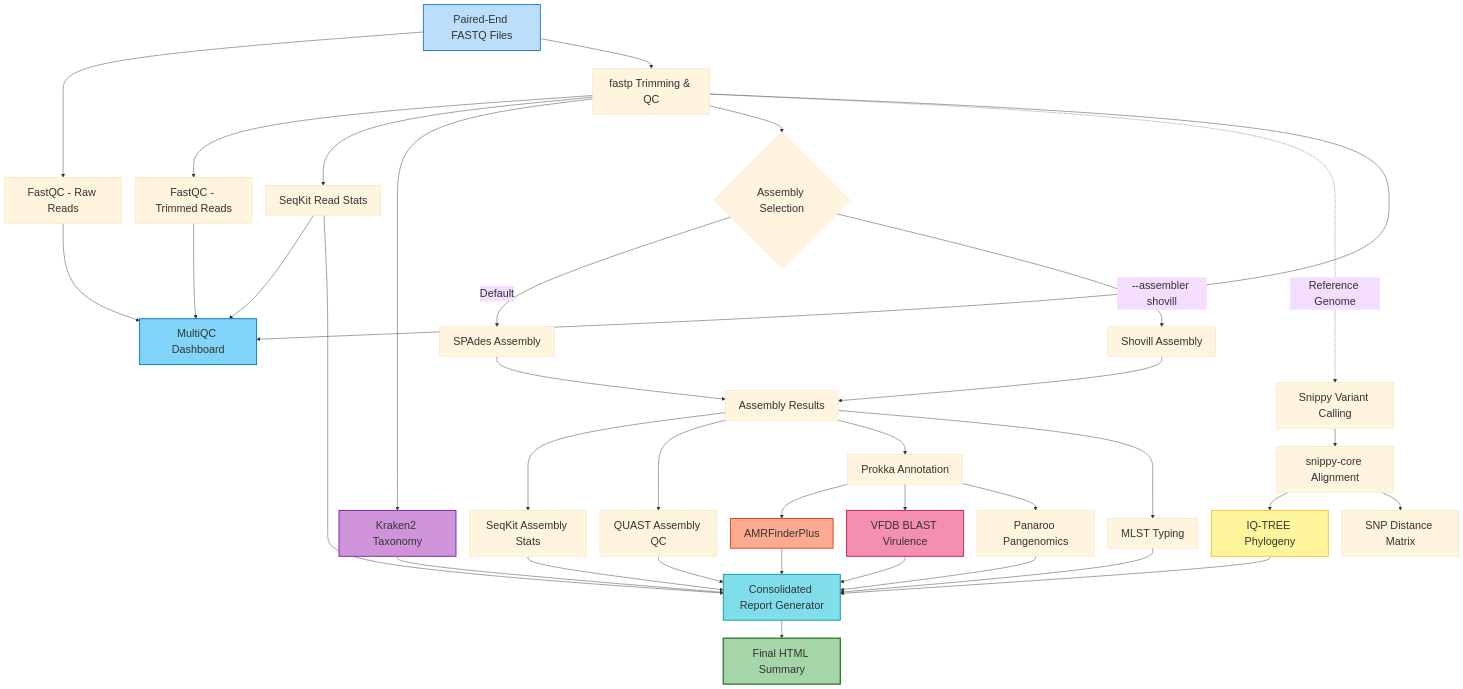
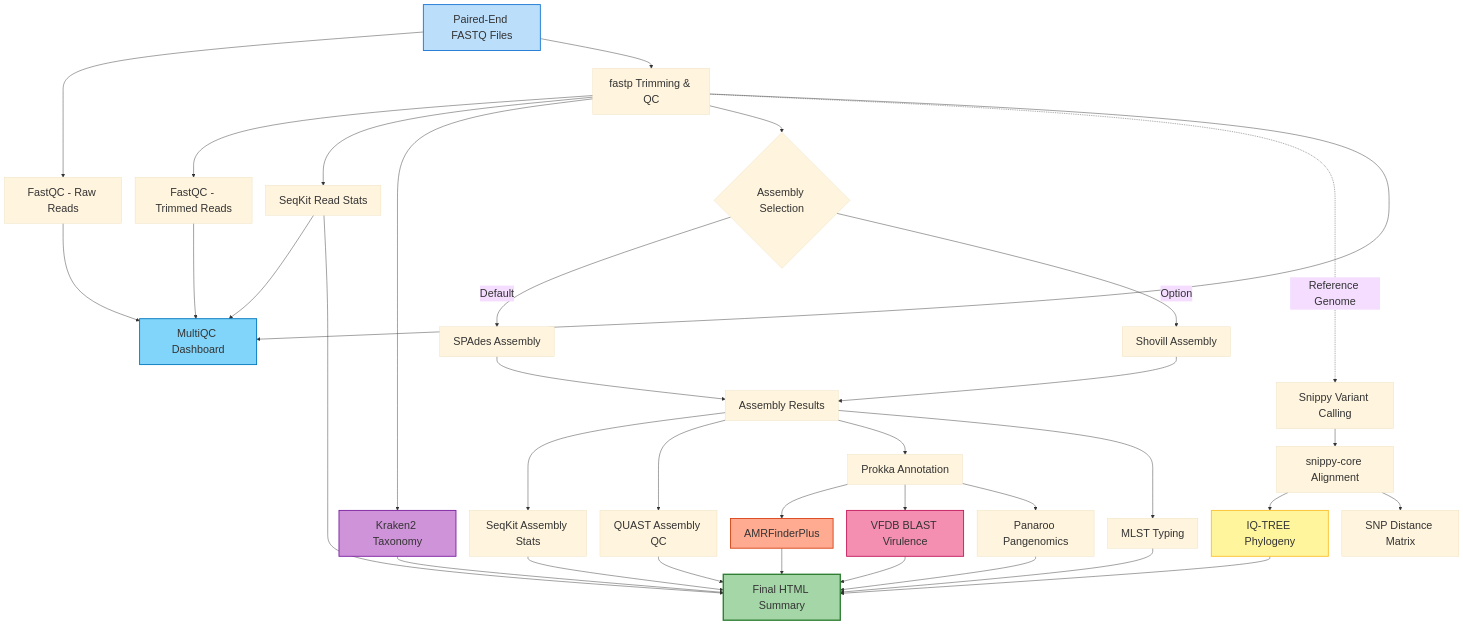
The diagram in README.md (cerorziks/bacterial-genome-pipeline), drawn with Mermaid before and after one commit.

Commit message:
Simplify workflow diagram: remove intermediate reporting node and clean up connections

````diff
--- a/README.md
+++ b/README.md
@@ -24,74 +24,69 @@
 ```mermaid
 %%{
   init: {
     'theme': 'base',
     'themeVariables': {
       'fontSize': '24px',
       'fontFamily': 'arial',
       'lineColor': '#333'
     },
     'flowchart': {
       'nodeSpacing': 30,
       'rankSpacing': 40,
       'curve': 'basis'
     }
   }
 }%%
 graph TD
     A[Paired-End FASTQ Files] --> B[FastQC - Raw Reads]
     A --> C[fastp Trimming & QC]
     
     C --> D[FastQC - Trimmed Reads]
     C --> S1[SeqKit Read Stats]
     C --> KR[Kraken2 Taxonomy]
     C --> E{Assembly Selection}
     
     E -- Default --> E1[SPAdes Assembly]
-    E -- "--assembler shovill" --> E2[Shovill Assembly]
+    E -- Option --> E2[Shovill Assembly]
     
     E1 --> F[Assembly Results]
     E2 --> F
     
     F --> S2[SeqKit Assembly Stats]
     F --> G[QUAST Assembly QC]
     F --> H[Prokka Annotation]
     F --> I[MLST Typing]
     
     H --> J[AMRFinderPlus]
     H --> K[VFDB BLAST Virulence]
     
     C -.Reference Genome.-> L[Snippy Variant Calling]
     L --> M[snippy-core Alignment]
     M --> N[IQ-TREE Phylogeny]
     M --> P[SNP Distance Matrix]
     
     B --> MQC[MultiQC Dashboard]
     D --> MQC
     C --> MQC
     S1 --> MQC
     
     H --> PAN[Panaroo Pangenomics]
     
-    BS[Consolidated Report Generator]
-    
-    S1 --> BS
-    S2 --> BS
-    G --> BS
-    J --> BS
-    I --> BS
-    K --> BS
-    N --> BS
-    PAN --> BS
-    KR --> BS
-    
-    BS --> Q[Final HTML Summary]
+    S1 --> Q[Final HTML Summary]
+    S2 --> Q
+    G --> Q
+    J --> Q
+    I --> Q
+    K --> Q
+    N --> Q
+    PAN --> Q
+    KR --> Q
     
     style A fill:#BBDEFB,stroke:#1976D2,stroke-width:2px
     style Q fill:#A5D6A7,stroke:#2E7D32,stroke-width:3px
     style N fill:#FFF59D,stroke:#FBC02D,stroke-width:2px
     style J fill:#FFAB91,stroke:#D84315,stroke-width:2px
     style K fill:#F48FB1,stroke:#C2185B,stroke-width:2px
     style KR fill:#CE93D8,stroke:#7B1FA2,stroke-width:2px
-    style BS fill:#80DEEA,stroke:#0097A7,stroke-width:2px
     style MQC fill:#81D4FA,stroke:#0277BD,stroke-width:2px
 ```
````
